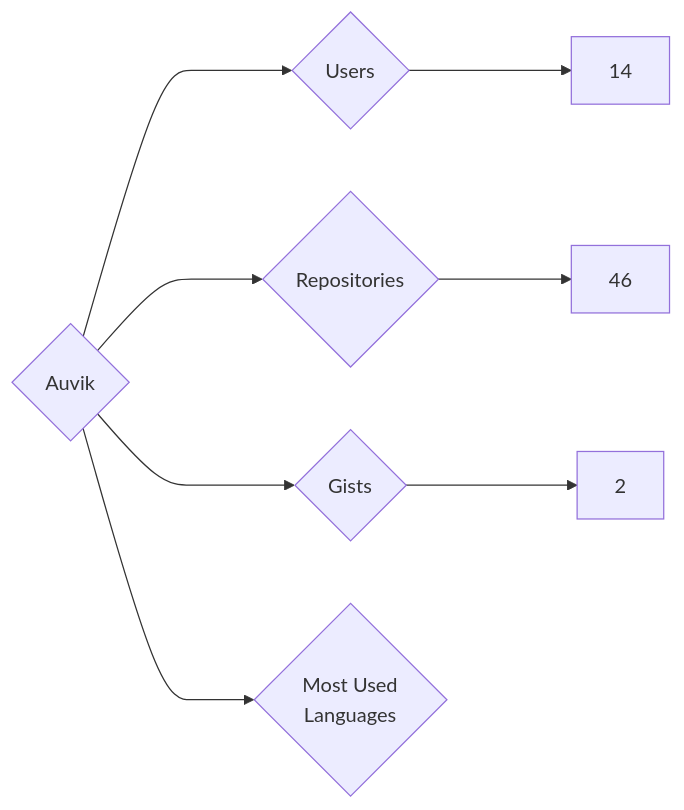
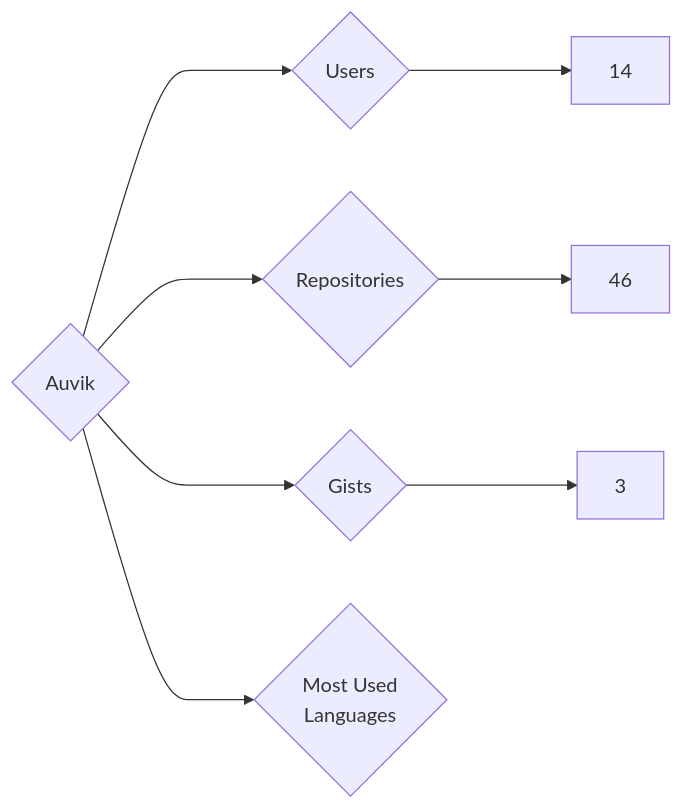
One commit to nenadzaric/insiders changed the diagram in targets/Auvik/README.md. Above: the diagram before and after it, drawn with Mermaid. The commit also changed 1342 other files, not shown here.

````diff
--- a/targets/Auvik/README.md
+++ b/targets/Auvik/README.md
@@ -3,8 +3,8 @@
 ```mermaid
 graph LR
 COMPANY_NAME{Auvik}
 COMPANY_NAME ---> U{Users} ---> UN[14]
 COMPANY_NAME ---> R{Repositories} ---> RN[46]
-COMPANY_NAME ---> G{Gists} ---> GN[2]
+COMPANY_NAME ---> G{Gists} ---> GN[3]
 COMPANY_NAME ---> ML{Most Used<br>Languages}
 ```
````
